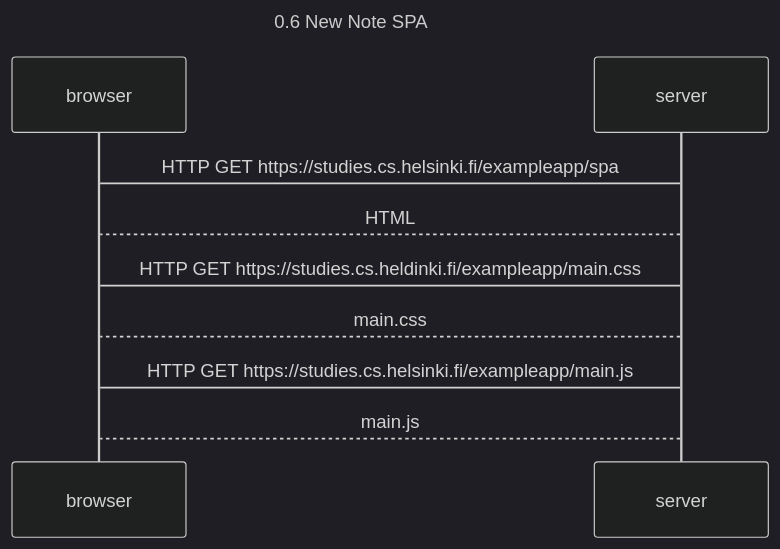
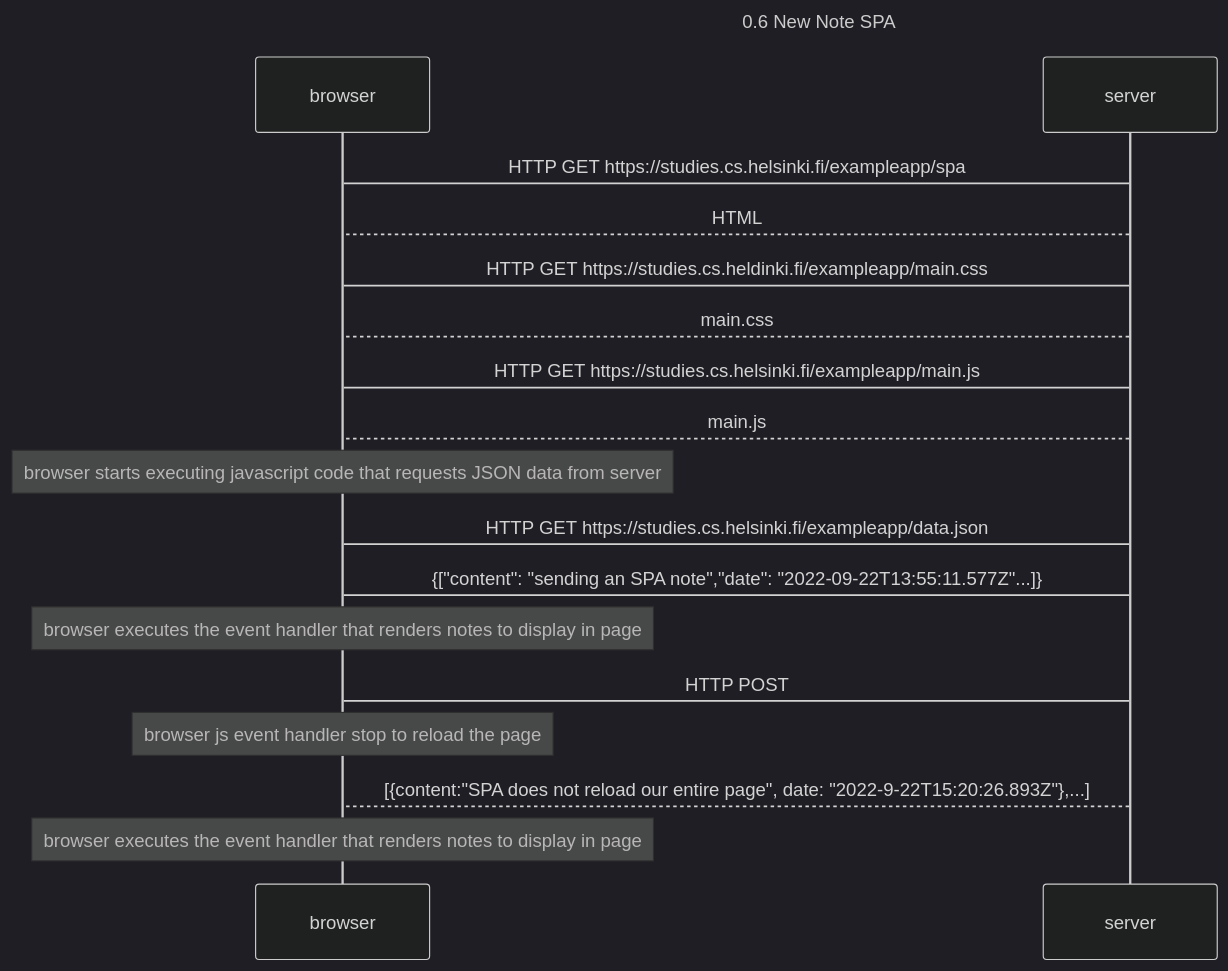
One commit to faradeen-ja/Full-Stack-open-2022 changed the diagram in part0/0.6-New-note-spa.md. Above: the diagram before and after it, drawn with Mermaid (dark theme).

````diff
--- a/part0/0.6-New-note-spa.md
+++ b/part0/0.6-New-note-spa.md
@@ -2,17 +2,27 @@
 ```mermaid
 sequenceDiagram
 
 
 title 0.6 New Note SPA
 
 
 browser->server: HTTP GET https://studies.cs.helsinki.fi/exampleapp/spa
 server-->browser: HTML
 browser->server: HTTP GET https://studies.cs.heldinki.fi/exampleapp/main.css
 server-->browser: main.css
 browser->server: HTTP GET https://studies.cs.helsinki.fi/exampleapp/main.js
 server-->browser: main.js
+note over browser: browser starts executing javascript code that requests JSON data from server
+browser->server: HTTP GET https://studies.cs.helsinki.fi/exampleapp/data.json
+server->browser: {["content": "sending an SPA note","date": "2022-09-22T13:55:11.577Z"...]}
+note over browser: browser executes the event handler that renders notes to display in page
 
+
+browser->server: HTTP POST
+note over browser: browser js event handler stop to reload the page
+
+server-->browser: [{content:"SPA does not reload our entire page", date: "2022-9-22T15:20:26.893Z"},...]
+note over browser: browser executes the event handler that renders notes to display in page
 
 
 ```
````
